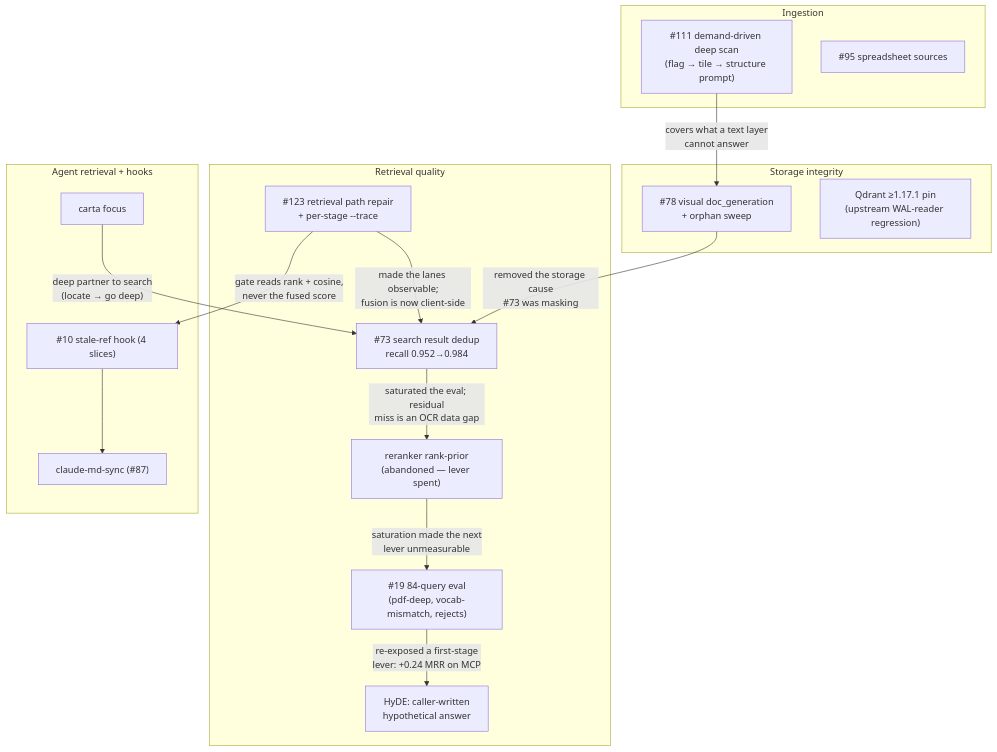
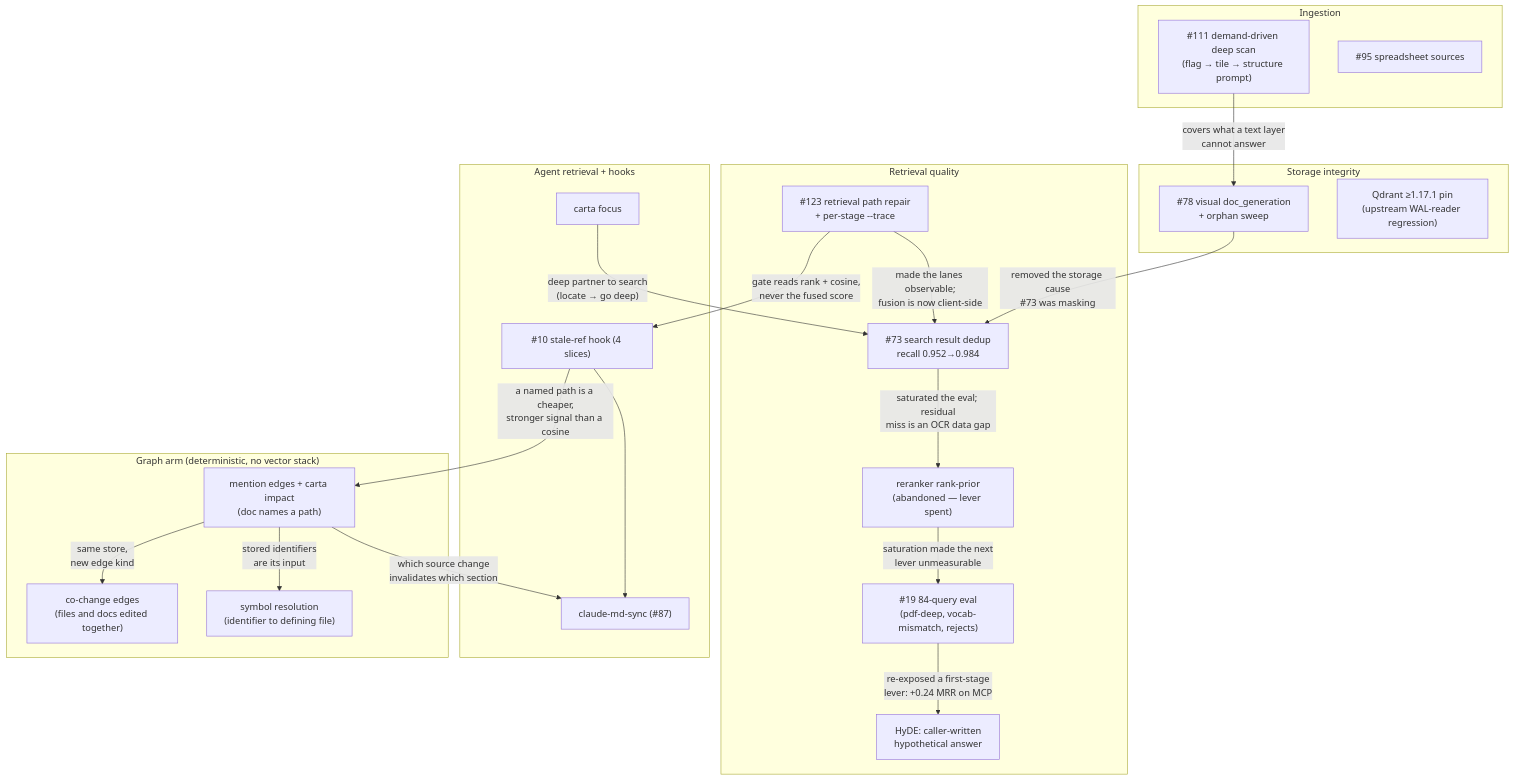
Before and after one commit to Ian-q/Carta: the first of 2 diagrams in docs/ROADMAP.md, drawn with Mermaid. The commit also changed other lines of this file and 57 other files, not shown here.

First line of the commit message:
feat(graph): deterministic doc→source mention edges, edge store and carta impact (#129) (#132)

````diff
--- a/docs/ROADMAP.md
+++ b/docs/ROADMAP.md
@@ -21,32 +21,41 @@
 ```mermaid
 flowchart TD
     subgraph retrieval["Retrieval quality"]
         DEDUP["#73 search result dedup<br/>recall 0.952→0.984"]
         RERANK["reranker rank-prior<br/>(abandoned — lever spent)"]
         REPAIR["#123 retrieval path repair<br/>+ per-stage --trace"]
         EVAL2["#19 84-query eval<br/>(pdf-deep, vocab-mismatch, rejects)"]
         HYDE["HyDE: caller-written<br/>hypothetical answer"]
     end
     subgraph storage["Storage integrity"]
         VIS["#78 visual doc_generation<br/>+ orphan sweep"]
         WAL["Qdrant ≥1.17.1 pin<br/>(upstream WAL-reader regression)"]
     end
     subgraph ingest["Ingestion"]
         DEEP["#111 demand-driven deep scan<br/>(flag → tile → structure prompt)"]
         SHEET["#95 spreadsheet sources"]
     end
     subgraph agent["Agent retrieval + hooks"]
         FOCUS["carta focus"]
         HOOK["#10 stale-ref hook (4 slices)"]
         SYNC["claude-md-sync (#87)"]
     end
+    subgraph second_arm["Graph arm (deterministic, no vector stack)"]
+        MENTION["mention edges + carta impact<br/>(doc names a path)"]
+        COCHANGE["co-change edges<br/>(files and docs edited together)"]
+        SYMBOL["symbol resolution<br/>(identifier to defining file)"]
+    end
     VIS -- "removed the storage cause<br/>#73 was masking" --> DEDUP
     DEDUP -- "saturated the eval; residual<br/>miss is an OCR data gap" --> RERANK
     REPAIR -- "made the lanes observable;<br/>fusion is now client-side" --> DEDUP
     REPAIR -- "gate reads rank + cosine,<br/>never the fused score" --> HOOK
     DEEP -- "covers what a text layer<br/>cannot answer" --> VIS
     HOOK --> SYNC
+    HOOK -- "a named path is a cheaper,<br/>stronger signal than a cosine" --> MENTION
+    MENTION -- "which source change<br/>invalidates which section" --> SYNC
+    MENTION -- "same store,<br/>new edge kind" --> COCHANGE
+    MENTION -- "stored identifiers<br/>are its input" --> SYMBOL
     FOCUS -- "deep partner to search<br/>(locate → go deep)" --> DEDUP
     RERANK -- "saturation made the next<br/>lever unmeasurable" --> EVAL2
     EVAL2 -- "re-exposed a first-stage<br/>lever: +0.24 MRR on MCP" --> HYDE
 ```
````
